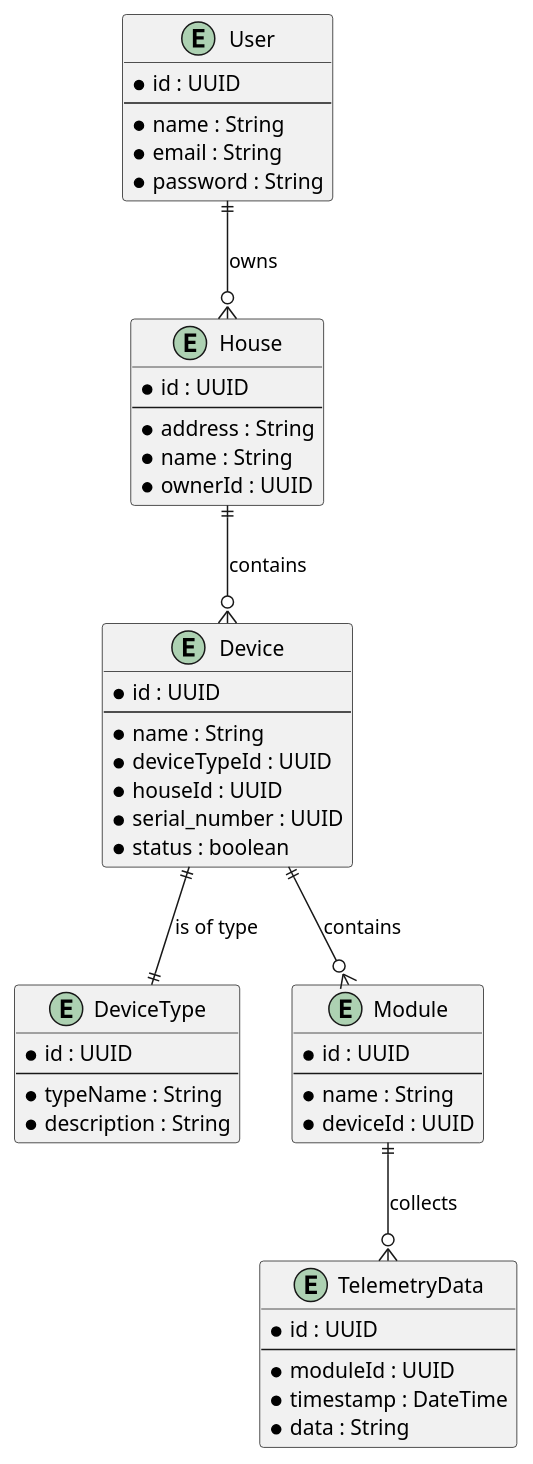
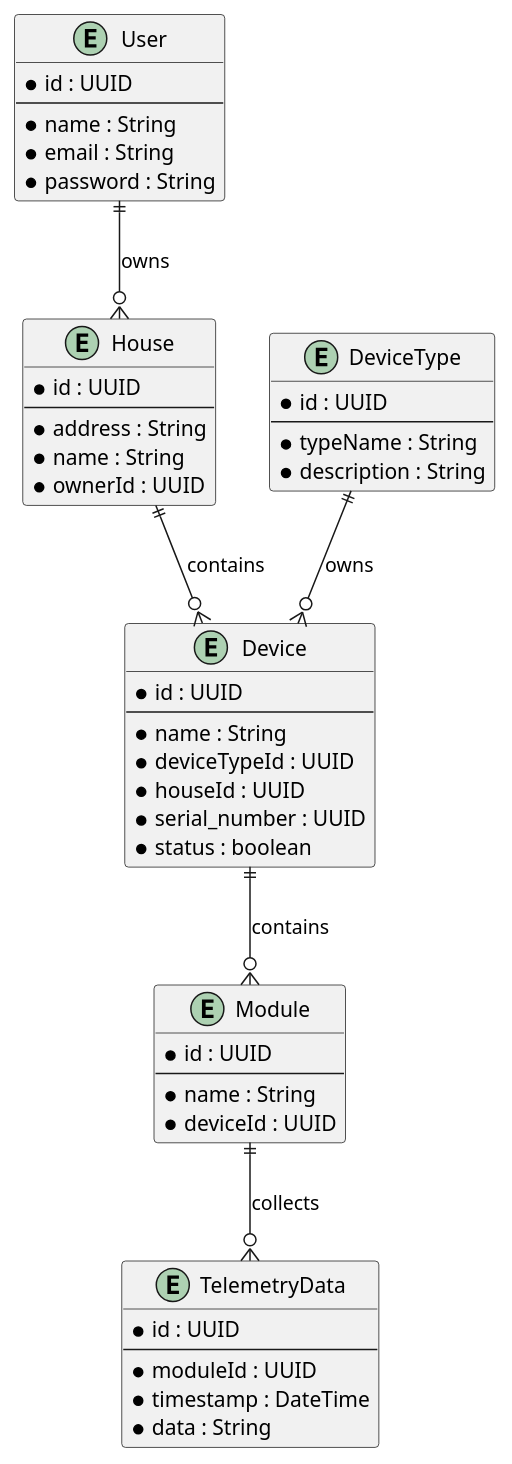
The diagram in diagrams/task3/er-diag.puml (Apelsins/architecture-sprint-3), drawn with PlantUML before and after one commit. The commit also changed 5 other files, not shown here.

```diff
--- a/diagrams/task3/er-diag.puml
+++ b/diagrams/task3/er-diag.puml
@@ -1,56 +1,56 @@
 @startuml
 
 entity User {
   * id : UUID
   --
   * name : String
   * email : String
   * password : String
 }
 
 entity House {
   * id : UUID
   --
   * address : String
   * name : String
   * ownerId : UUID
 }
 
 entity Device {
   * id : UUID
   --
   * name : String
   * deviceTypeId : UUID
   * houseId : UUID
   * serial_number : UUID
   * status : boolean
 }
 
 entity DeviceType {
   * id : UUID
   --
   * typeName : String
   * description : String
 }
 
 entity Module {
   * id : UUID
   --
   * name : String
   * deviceId : UUID
 }
 
 entity TelemetryData {
   * id : UUID
   --
   * moduleId : UUID
   * timestamp : DateTime
   * data : String
 }
 
 User ||--o{ House : "owns"
 House ||--o{ Device : "contains"
-Device ||--|| DeviceType : "is of type"
+DeviceType ||--o{ Device : "owns"
 Device ||--o{ Module : "contains"
 Module ||--o{ TelemetryData : "collects"
 @enduml
```
